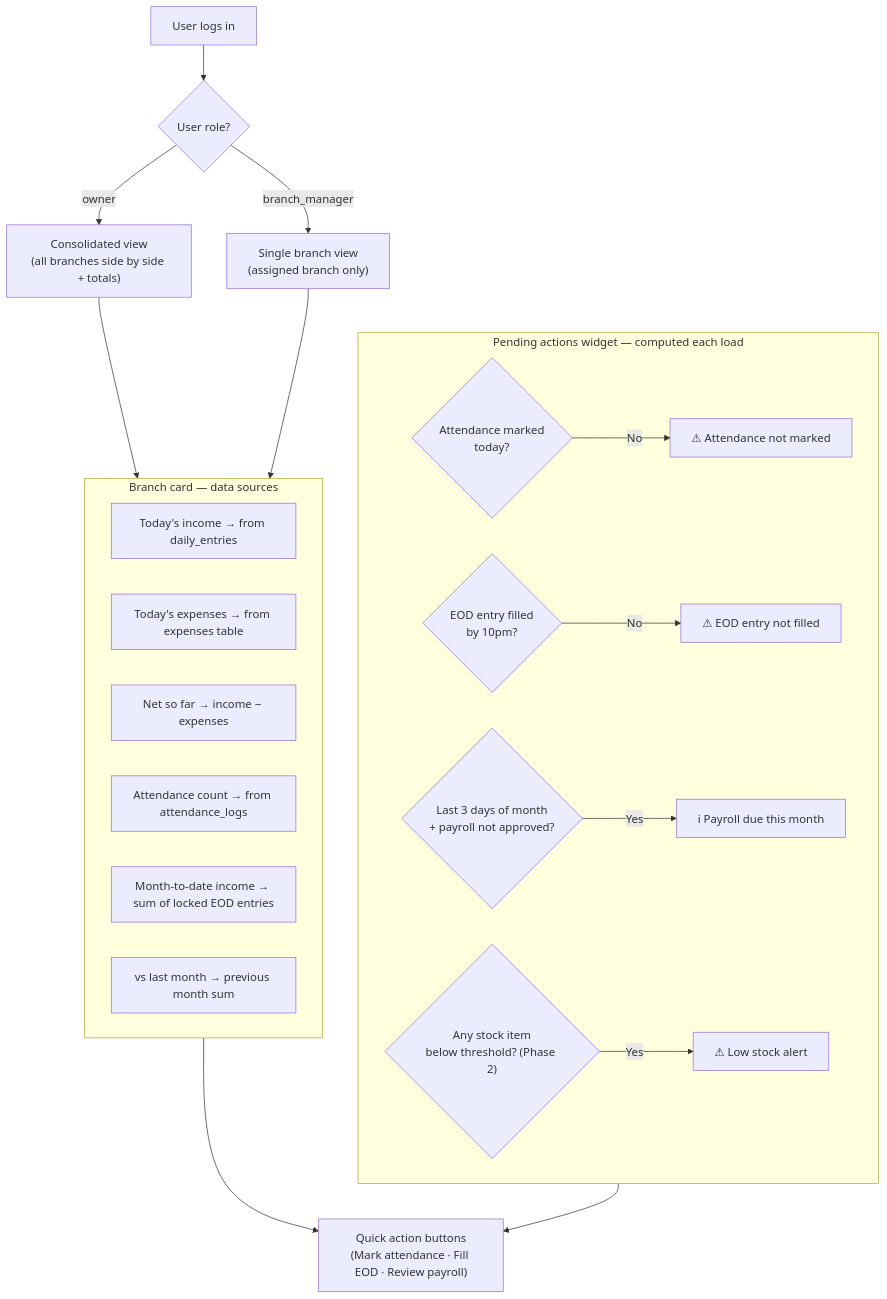
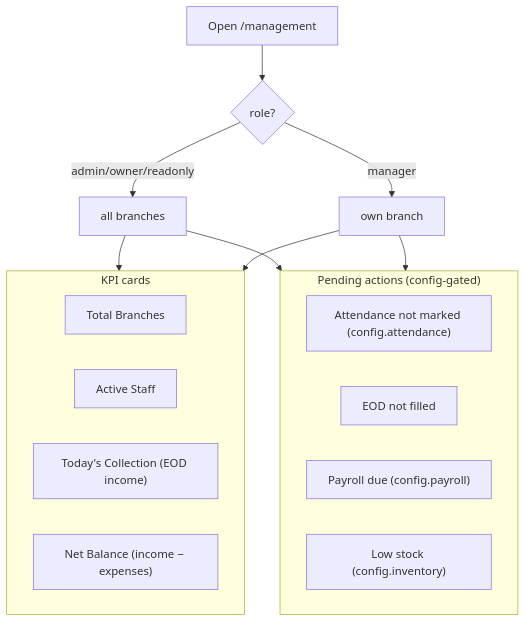
The ninth of 14 diagrams in Documentations/MODULE-MAPS.md (AbhishekS-381/Sree-Vaishnaves-Management), drawn with Mermaid before and after one commit. The commit also changed other lines of this file and 33 other files, not shown here.

````diff
--- a/Documentations/MODULE-MAPS.md
+++ b/Documentations/MODULE-MAPS.md
@@ -440,34 +218,26 @@
 ```mermaid
 flowchart TD
-  LOGIN["User logs in"]
-  LOGIN --> ROLE{"User role?"}
+  LOGIN["Open /management"]
+  LOGIN --> SCOPEQ{"role?"}
+  SCOPEQ -->|admin/owner/readonly| ALL["all branches"]
+  SCOPEQ -->|manager| ONE["own branch"]
 
-  ROLE -->|owner| CONSOLIDATED["Consolidated view\n(all branches side by side + totals)"]
-  ROLE -->|branch_manager| SINGLE["Single branch view\n(assigned branch only)"]
-
-  subgraph BRANCH_CARD["Branch card — data sources"]
-    D1["Today's income → from daily_entries"]
-    D2["Today's expenses → from expenses table"]
-    D3["Net so far → income − expenses"]
-    D4["Attendance count → from attendance_logs"]
-    D5["Month-to-date income → sum of locked EOD entries"]
-    D6["vs last month → previous month sum"]
+  subgraph KPI["KPI cards"]
+    K1["Total Branches"]
+    K2["Active Staff"]
+    K3["Today's Collection (EOD income)"]
+    K4["Net Balance (income − expenses)"]
   end
 
-  CONSOLIDATED --> BRANCH_CARD
-  SINGLE --> BRANCH_CARD
-
-  subgraph PENDING["Pending actions widget — computed each load"]
-    PA1{"Attendance marked\ntoday?"}
-    PA1 -->|No| A1["⚠ Attendance not marked"]
-    PA2{"EOD entry filled\nby 10pm?"}
-    PA2 -->|No| A2["⚠ EOD entry not filled"]
-    PA3{"Last 3 days of month\n+ payroll not approved?"}
-    PA3 -->|Yes| A3["ℹ Payroll due this month"]
-    PA4{"Any stock item\nbelow threshold? (Phase 2)"}
-    PA4 -->|Yes| A4["⚠ Low stock alert"]
+  subgraph PENDING["Pending actions (config-gated)"]
+    P1["Attendance not marked (config.attendance)"]
+    P2["EOD not filled"]
+    P3["Payroll due (config.payroll)"]
+    P4["Low stock (config.inventory)"]
   end
 
-  BRANCH_CARD --> QUICK["Quick action buttons\n(Mark attendance · Fill EOD · Review payroll)"]
-  PENDING --> QUICK
+  ALL --> KPI
+  ONE --> KPI
+  ALL --> PENDING
+  ONE --> PENDING
 ```
````
